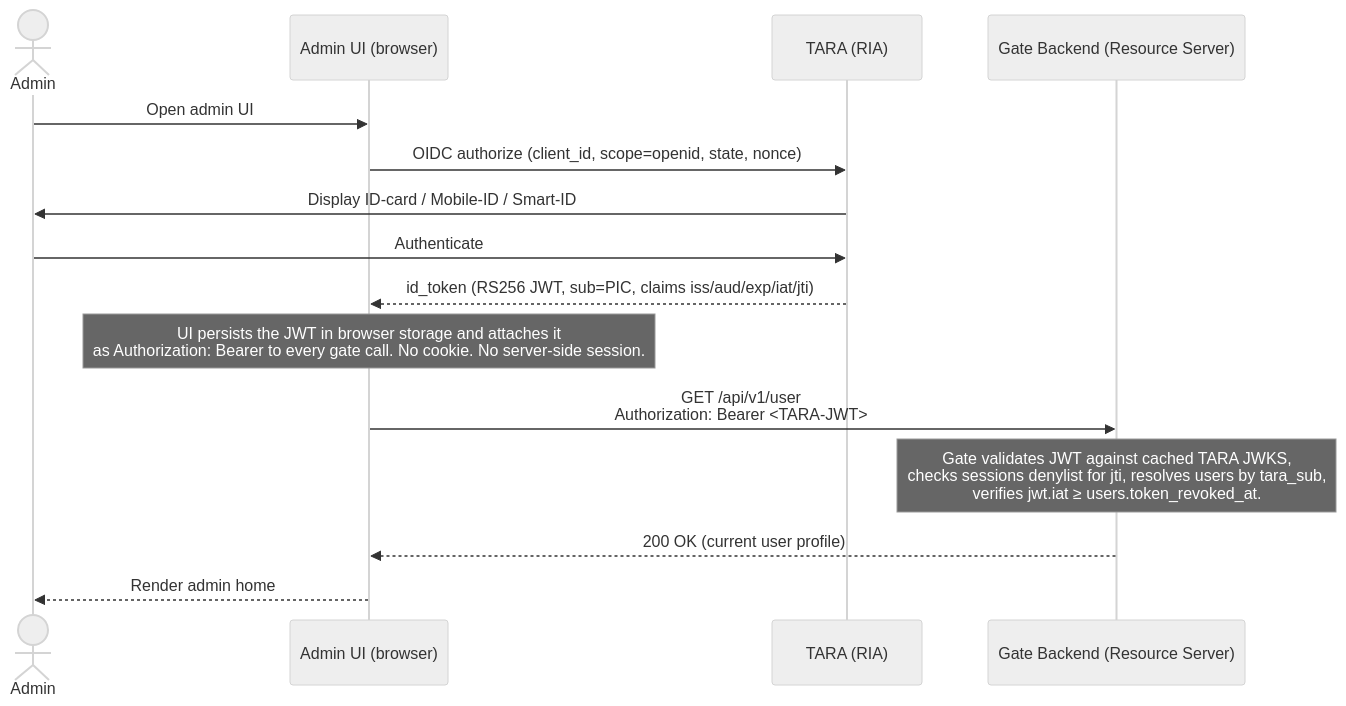
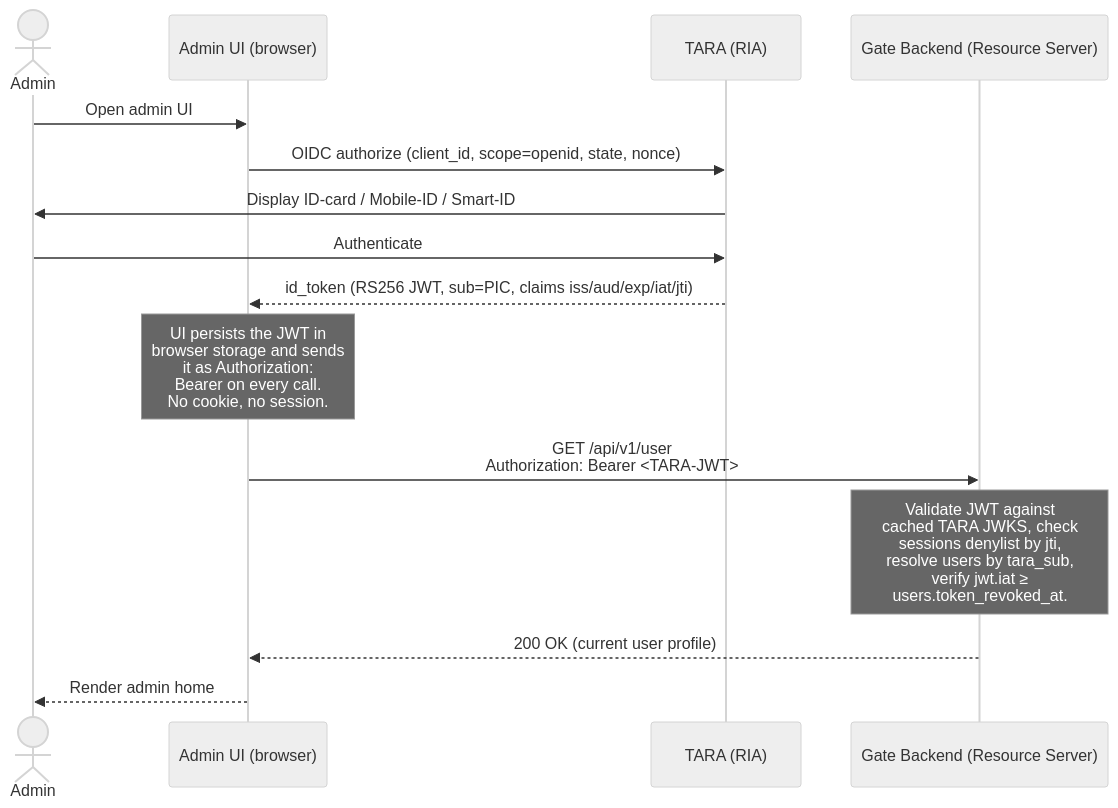
Before and after one commit to kemit-ee/efti-gate-ee: the fourth of 34 diagrams in docs/efti_full_epics_en.md, drawn with Mermaid (neutral theme). The commit also changed 4 other files, not shown here.

First line of the commit message:
docs(diagrams): tighten note lines in embedded markdown mermaid (≤ 25 chars)

````diff
--- a/docs/efti_full_epics_en.md
+++ b/docs/efti_full_epics_en.md
@@ -285,20 +285,20 @@
 ```mermaid
 sequenceDiagram
     actor Admin
     participant UI as Admin UI (browser)
     participant TARA as TARA (RIA)
     participant Gate as Gate Backend (Resource Server)
 
     Admin->>UI: Open admin UI
     UI->>TARA: OIDC authorize (client_id, scope=openid, state, nonce)
     TARA->>Admin: Display ID-card / Mobile-ID / Smart-ID
     Admin->>TARA: Authenticate
     TARA-->>UI: id_token (RS256 JWT, sub=PIC, claims iss/aud/exp/iat/jti)
 
-    Note over UI: UI persists the JWT in browser storage and attaches it<br/>as Authorization: Bearer to every gate call. No cookie. No server-side session.
+    Note over UI: UI persists the JWT in<br/>browser storage and sends<br/>it as Authorization:<br/>Bearer on every call.<br/>No cookie, no session.
 
     UI->>Gate: GET /api/v1/user<br/>Authorization: Bearer <TARA-JWT>
-    Note over Gate: Gate validates JWT against cached TARA JWKS,<br/>checks sessions denylist for jti, resolves users by tara_sub,<br/>verifies jwt.iat ≥ users.token_revoked_at.
+    Note over Gate: Validate JWT against<br/>cached TARA JWKS, check<br/>sessions denylist by jti,<br/>resolve users by tara_sub,<br/>verify jwt.iat ≥<br/>users.token_revoked_at.
     Gate-->>UI: 200 OK (current user profile)
     UI-->>Admin: Render admin home
 ```
````
